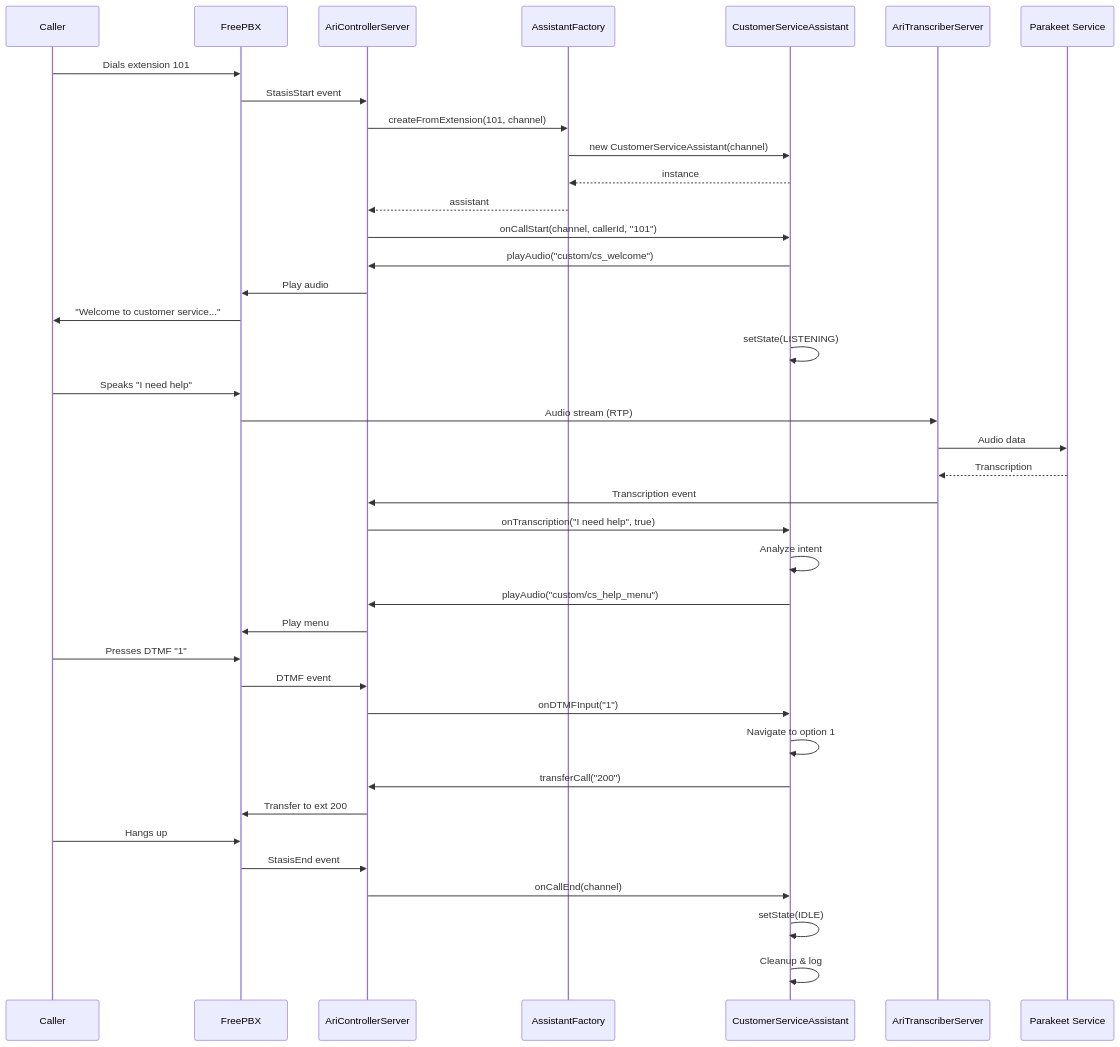
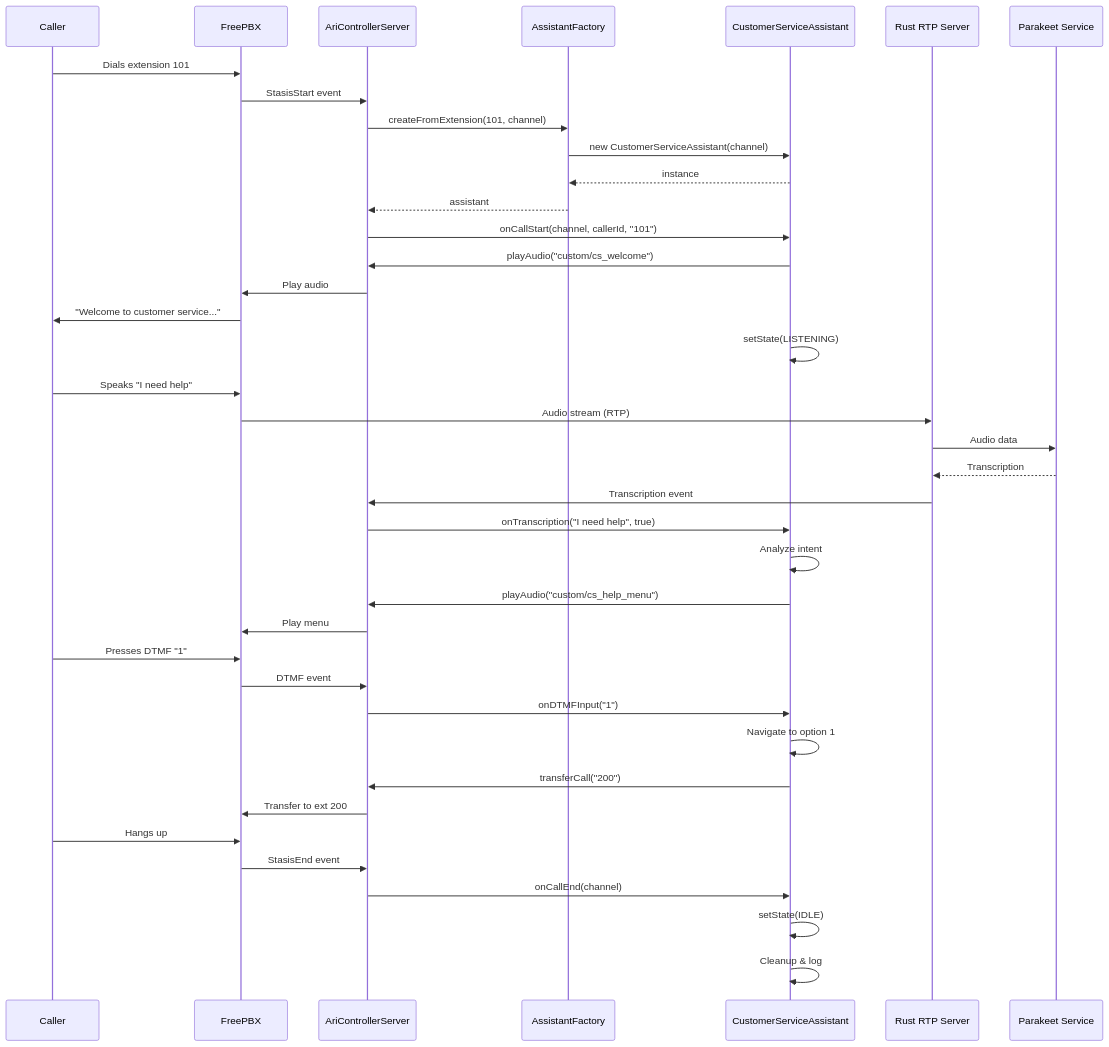
The third of 5 diagrams in docs/ASSISTANT-ARCHITECTURE.md (alexiokay/AriLink), drawn with Mermaid before and after one commit. The commit also changed other lines of this file and 142 other files, not shown here.

````diff
--- a/docs/ASSISTANT-ARCHITECTURE.md
+++ b/docs/ASSISTANT-ARCHITECTURE.md
@@ -170,49 +169,49 @@
 ```mermaid
 sequenceDiagram
     participant Caller
     participant FreePBX
     participant Controller as AriControllerServer
     participant Factory as AssistantFactory
     participant Assistant as CustomerServiceAssistant
-    participant Transcriber as AriTranscriberServer
+    participant RustRTP as Rust RTP Server
     participant Parakeet as Parakeet Service
 
     Caller->>FreePBX: Dials extension 101
     FreePBX->>Controller: StasisStart event
 
     Controller->>Factory: createFromExtension(101, channel)
     Factory->>Assistant: new CustomerServiceAssistant(channel)
     Assistant-->>Factory: instance
     Factory-->>Controller: assistant
 
     Controller->>Assistant: onCallStart(channel, callerId, "101")
     Assistant->>Controller: playAudio("custom/cs_welcome")
     Controller->>FreePBX: Play audio
     FreePBX->>Caller: "Welcome to customer service..."
 
     Assistant->>Assistant: setState(LISTENING)
 
     Caller->>FreePBX: Speaks "I need help"
-    FreePBX->>Transcriber: Audio stream (RTP)
-    Transcriber->>Parakeet: Audio data
-    Parakeet-->>Transcriber: Transcription
-    Transcriber->>Controller: Transcription event
+    FreePBX->>RustRTP: Audio stream (RTP)
+    RustRTP->>Parakeet: Audio data
+    Parakeet-->>RustRTP: Transcription
+    RustRTP->>Controller: Transcription event
 
     Controller->>Assistant: onTranscription("I need help", true)
     Assistant->>Assistant: Analyze intent
     Assistant->>Controller: playAudio("custom/cs_help_menu")
     Controller->>FreePBX: Play menu
 
     Caller->>FreePBX: Presses DTMF "1"
     FreePBX->>Controller: DTMF event
     Controller->>Assistant: onDTMFInput("1")
     Assistant->>Assistant: Navigate to option 1
     Assistant->>Controller: transferCall("200")
     Controller->>FreePBX: Transfer to ext 200
 
     Caller->>FreePBX: Hangs up
     FreePBX->>Controller: StasisEnd event
     Controller->>Assistant: onCallEnd(channel)
     Assistant->>Assistant: setState(IDLE)
     Assistant->>Assistant: Cleanup & log
 ```
````
